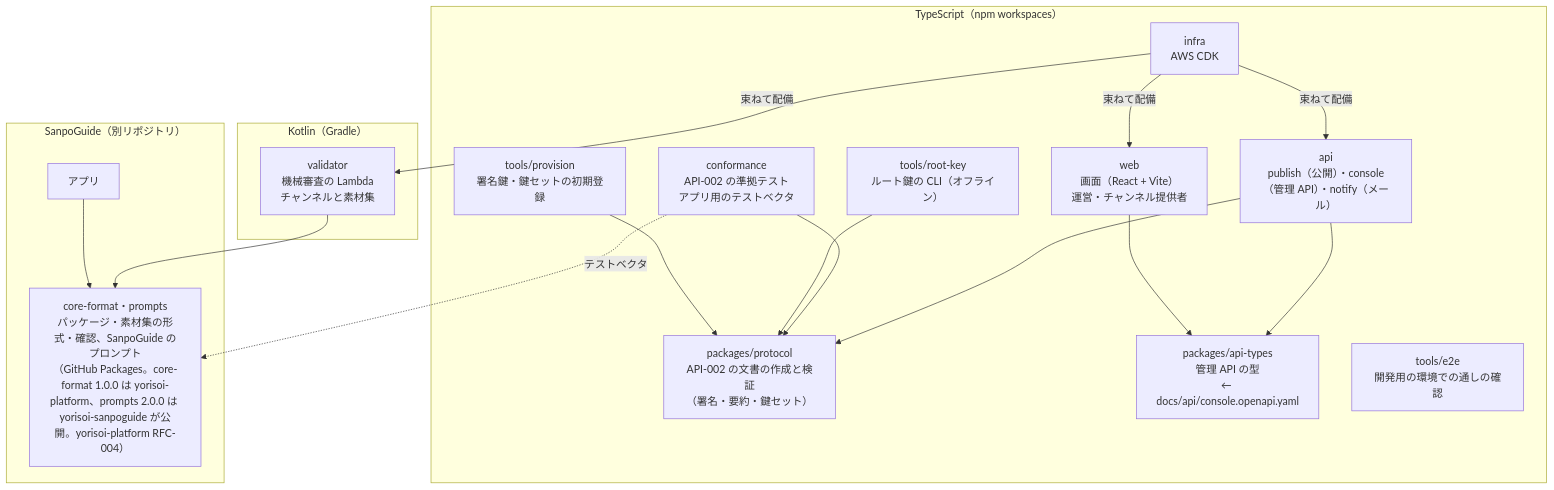
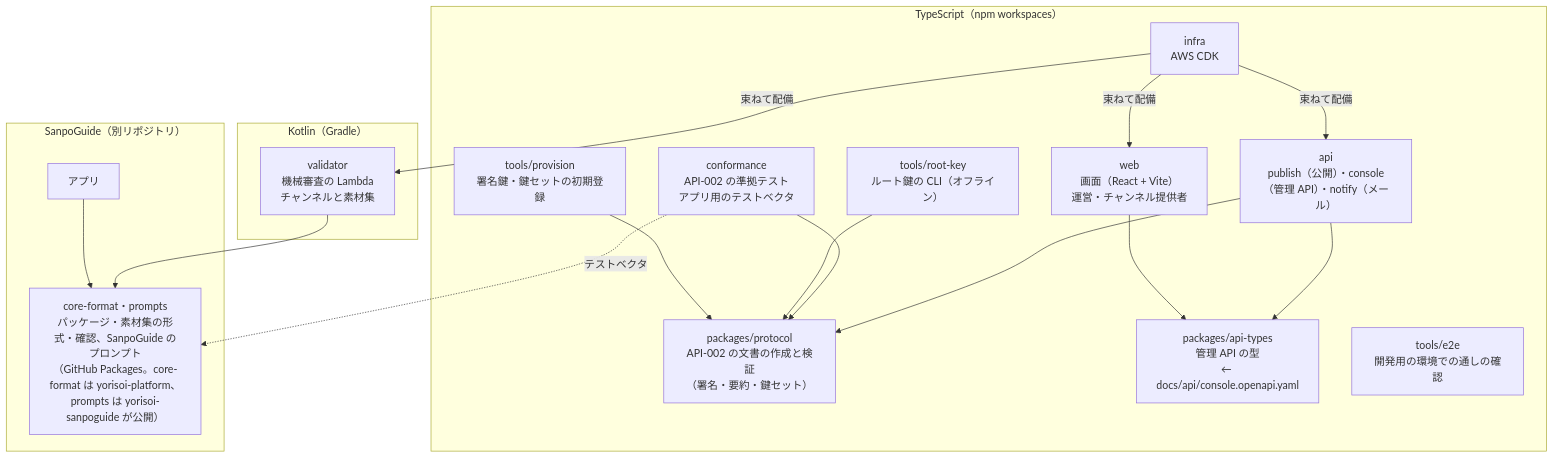
One commit to duwenji/michizure-console changed the second of 7 diagrams in docs/architecture.md. Above: the diagram before and after it, drawn with Mermaid. The commit also changed other lines of this file and 66 other files, not shown here.

````diff
--- a/docs/architecture.md
+++ b/docs/architecture.md
@@ -74,34 +74,34 @@
 ```mermaid
 flowchart TB
   subgraph TS["TypeScript（npm workspaces）"]
     protocol["packages/protocol<br/>API-002 の文書の作成と検証<br/>（署名・要約・鍵セット）"]
     types["packages/api-types<br/>管理 API の型<br/>← docs/api/console.openapi.yaml"]
     api["api<br/>publish（公開）・console（管理 API）・notify（メール）"]
     web["web<br/>画面（React + Vite）<br/>運営・チャンネル提供者"]
     infra["infra<br/>AWS CDK"]
     conf["conformance<br/>API-002 の準拠テスト<br/>アプリ用のテストベクタ"]
     rootkey["tools/root-key<br/>ルート鍵の CLI（オフライン）"]
     prov["tools/provision<br/>署名鍵・鍵セットの初期登録"]
     e2e["tools/e2e<br/>開発用の環境での通しの確認"]
   end
   subgraph KT["Kotlin（Gradle）"]
     validator["validator<br/>機械審査の Lambda<br/>チャンネルと素材集"]
   end
   subgraph SG["SanpoGuide（別リポジトリ）"]
-    sf["core-format・prompts<br/>パッケージ・素材集の形式・確認、SanpoGuide のプロンプト<br/>（GitHub Packages。core-format 1.0.0 は yorisoi-platform、prompts 2.0.0 は yorisoi-sanpoguide が公開。yorisoi-platform RFC-004）"]
+    sf["core-format・prompts<br/>パッケージ・素材集の形式・確認、SanpoGuide のプロンプト<br/>（GitHub Packages。core-format は yorisoi-platform、prompts は yorisoi-sanpoguide が公開）"]
     app["アプリ"]
   end
 
   api --> protocol
   api --> types
   web --> types
   conf --> protocol
   rootkey --> protocol
   prov --> protocol
   infra -->|束ねて配備| api
   infra -->|束ねて配備| web
   infra -->|束ねて配備| validator
   validator --> sf
   app --> sf
   conf -. テストベクタ .-> sf
 ```
````
